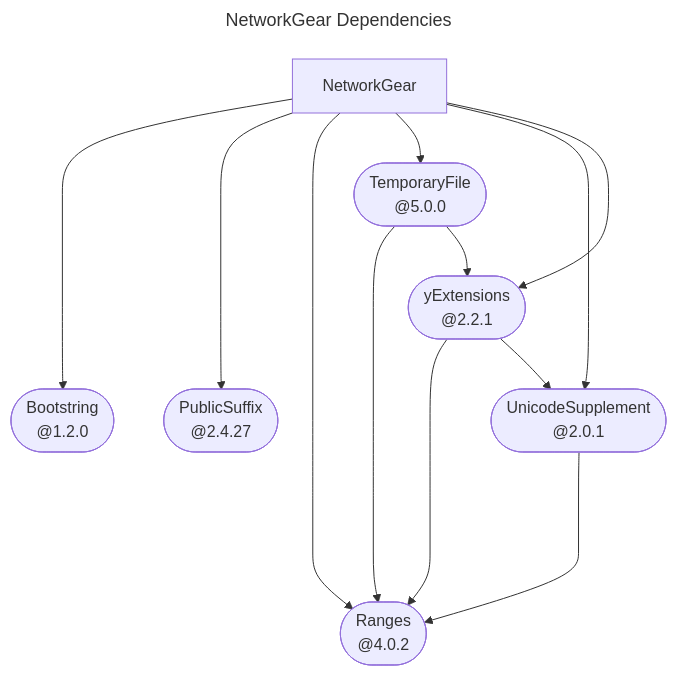
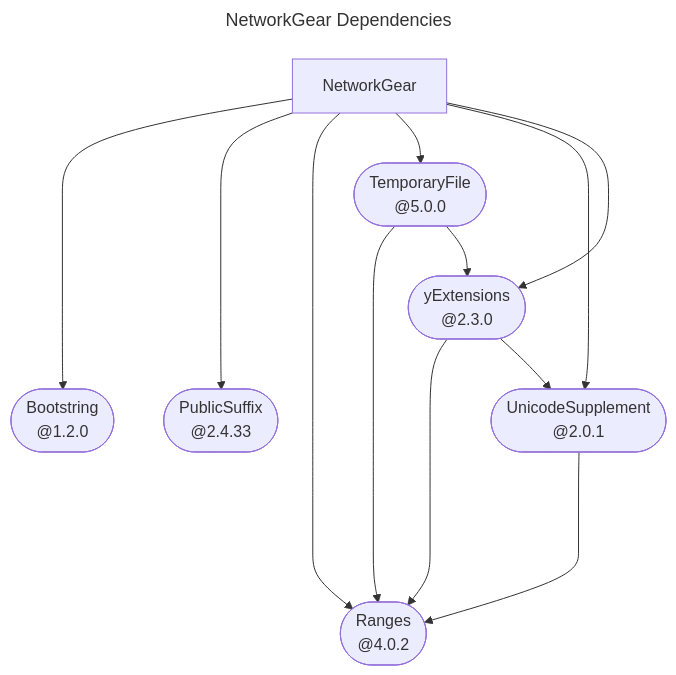
One commit to YOCKOW/SwiftNetworkGear changed the diagram in README.md. Above: the diagram before and after it, drawn with Mermaid.

Commit message:
Update "./README.md".
This commit is done by the workflow in [SwiftPackageHelperTools](https://GitHub.com/YOCKOW/SwiftPackageHelperTools.git).
- UUID: 7fe83473-1a38-44fc-a24f-61c488c7604b
- Date: 2026-08-30 02:49:36+0000

````diff
--- a/README.md
+++ b/README.md
@@ -15,34 +15,34 @@
 ```mermaid
 ---
 title: NetworkGear Dependencies
 ---
 flowchart TD
   swiftbootstring(["Bootstring<br>@1.2.0"])
   swiftnetworkgear["NetworkGear"]
-  swiftpublicsuffix(["PublicSuffix<br>@2.4.27"])
+  swiftpublicsuffix(["PublicSuffix<br>@2.4.33"])
   swiftranges(["Ranges<br>@4.0.2"])
   swifttemporaryfile(["TemporaryFile<br>@5.0.0"])
   swiftunicodesupplement(["UnicodeSupplement<br>@2.0.1"])
-  yswiftextensions(["yExtensions<br>@2.2.1"])
+  yswiftextensions(["yExtensions<br>@2.3.0"])
 
   click swiftbootstring href "https://github.com/YOCKOW/SwiftBootstring.git"
   click swiftpublicsuffix href "https://github.com/YOCKOW/SwiftPublicSuffix.git"
   click swiftranges href "https://github.com/YOCKOW/SwiftRanges.git"
   click swifttemporaryfile href "https://github.com/YOCKOW/SwiftTemporaryFile.git"
   click swiftunicodesupplement href "https://github.com/YOCKOW/SwiftUnicodeSupplement.git"
   click yswiftextensions href "https://github.com/YOCKOW/ySwiftExtensions.git"
 
   swiftnetworkgear ----> swiftbootstring
   swiftnetworkgear ----> swiftpublicsuffix
   swiftnetworkgear ----> swiftranges
   swiftnetworkgear --> swifttemporaryfile
   swiftnetworkgear --> swiftunicodesupplement
   swiftnetworkgear --> yswiftextensions
   swifttemporaryfile ----> swiftranges
   swifttemporaryfile --> yswiftextensions
   swiftunicodesupplement ----> swiftranges
   yswiftextensions ----> swiftranges
   yswiftextensions --> swiftunicodesupplement
 
 
 ```
````
